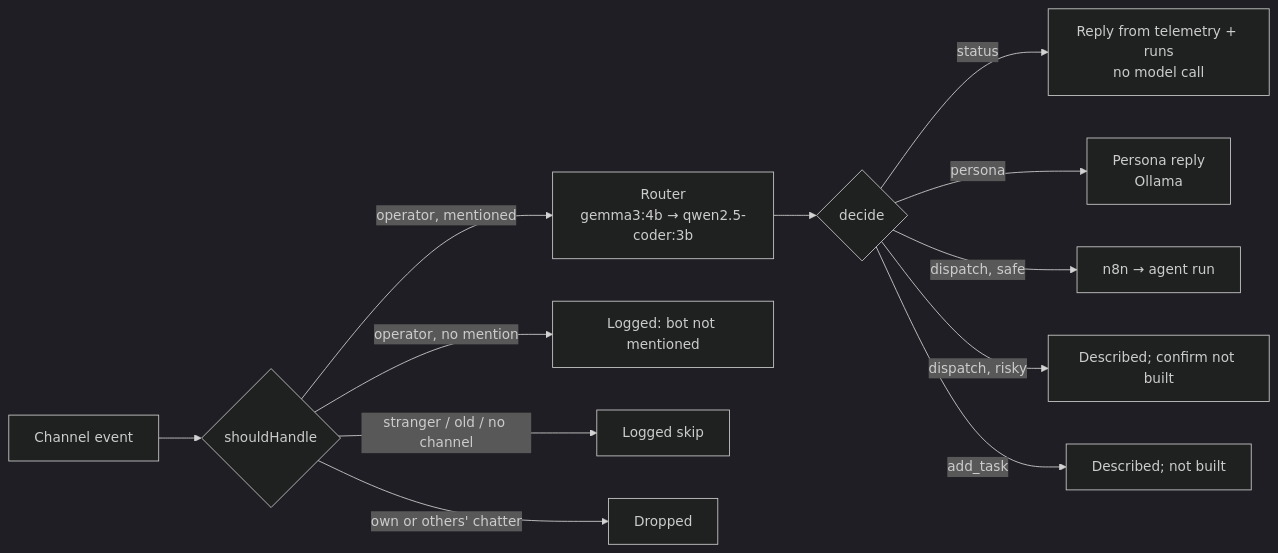
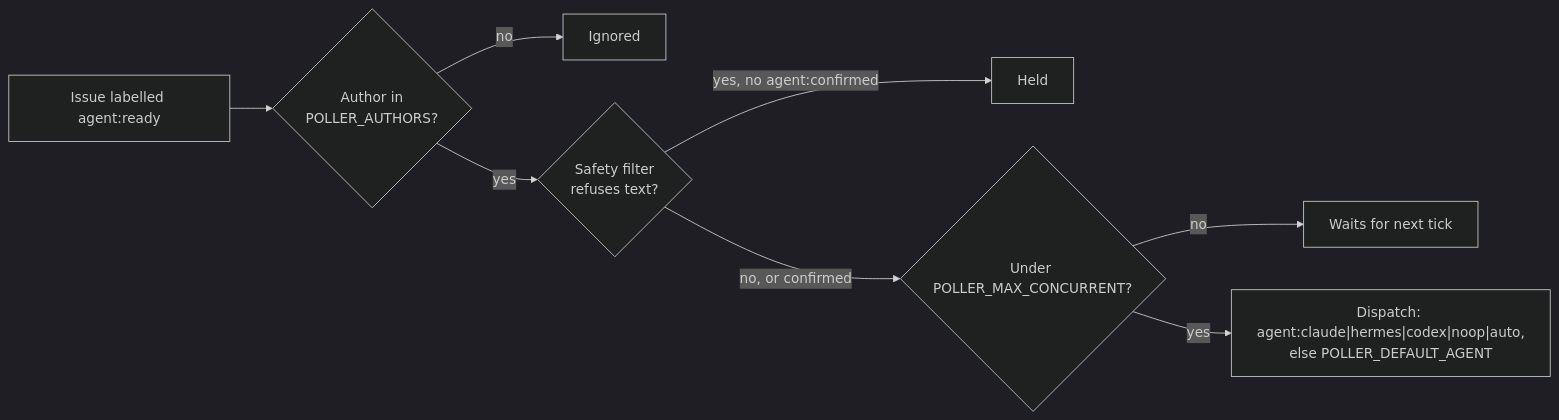
One commit to tnmurthy/fuzzy-octo-eureka changed the fourth of 8 diagrams in docs/HLD.md. Above: the diagram before and after it, drawn with Mermaid (dark theme). The commit also changed other lines of this file and 9 other files, not shown here.

````diff
--- a/docs/HLD.md
+++ b/docs/HLD.md
@@ -153,14 +150,10 @@
 ```mermaid
 flowchart LR
-    E[Channel event] --> G{shouldHandle}
-    G -- "operator, mentioned" --> RT["Router<br/>gemma3:4b → qwen2.5-coder:3b"]
-    G -- "operator, no mention" --> L1["Logged: bot not mentioned"]
-    G -- "stranger / old / no channel" --> L2[Logged skip]
-    G -- "own or others' chatter" --> X[Dropped]
-    RT --> D{decide}
-    D -- status --> S["Reply from telemetry + runs<br/>no model call"]
-    D -- persona --> P["Persona reply<br/>Ollama"]
-    D -- "dispatch, safe" --> W["n8n → agent run"]
-    D -- "dispatch, risky" --> C["Described; confirm not built"]
-    D -- add_task --> T["Described; not built"]
+    I[Issue labelled agent:ready] --> A{"Author in<br/>POLLER_AUTHORS?"}
+    A -- no --> X[Ignored]
+    A -- yes --> SF{"Safety filter<br/>refuses text?"}
+    SF -- "yes, no agent:confirmed" --> H[Held]
+    SF -- "no, or confirmed" --> C{"Under POLLER_MAX_CONCURRENT?"}
+    C -- no --> W[Waits for next tick]
+    C -- yes --> R["Dispatch: agent:claude|hermes|codex|noop|auto,<br/>else POLLER_DEFAULT_AGENT"]
 ```
````
